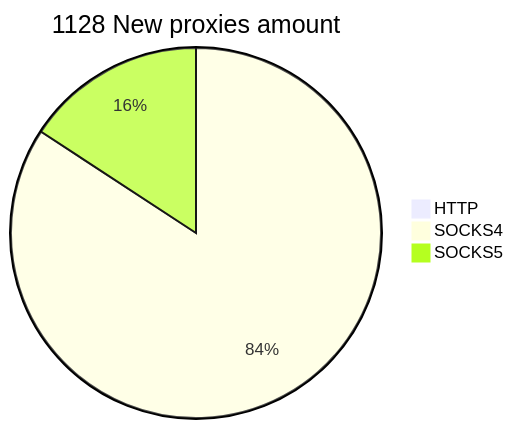
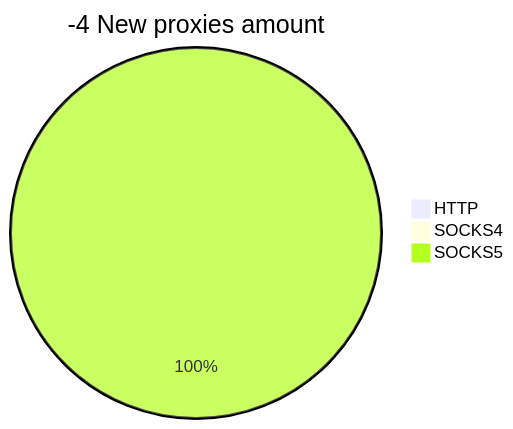
Before and after one commit to cutipu/proxylist: the second of 2 diagrams in README.md, drawn with Mermaid. The commit also changed other lines of this file, not shown here.

````diff
--- a/README.md
+++ b/README.md
@@ -10,6 +10,6 @@
 ```mermaid
-pie title 1128 New proxies amount
+pie title -4 New proxies amount
     "HTTP" : 0
-    "SOCKS4" : 950
-    "SOCKS5" : 178
+    "SOCKS4" : 0
+    "SOCKS5" : 10
 ```
````
